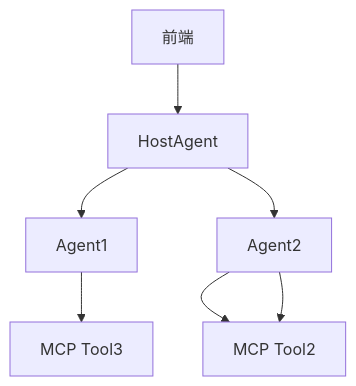
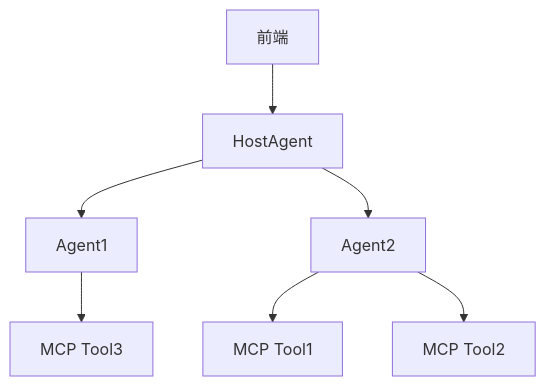
The diagram in README_ZH.md (qingqinggit1/A2AServer), drawn with Mermaid before and after one commit.

Commit message:
2025-05-11_10:40

````diff
--- a/README_ZH.md
+++ b/README_ZH.md
@@ -130,9 +130,9 @@
 ```mermaid
 graph TD
     A[前端] --> B[HostAgent]
     B --> C[Agent1]
     B --> D[Agent2]
     D --> E[MCP Tool1]
-    D --> E[MCP Tool2]
+    D --> F[MCP Tool2]
     C --> M[MCP Tool3]
 ```
````
